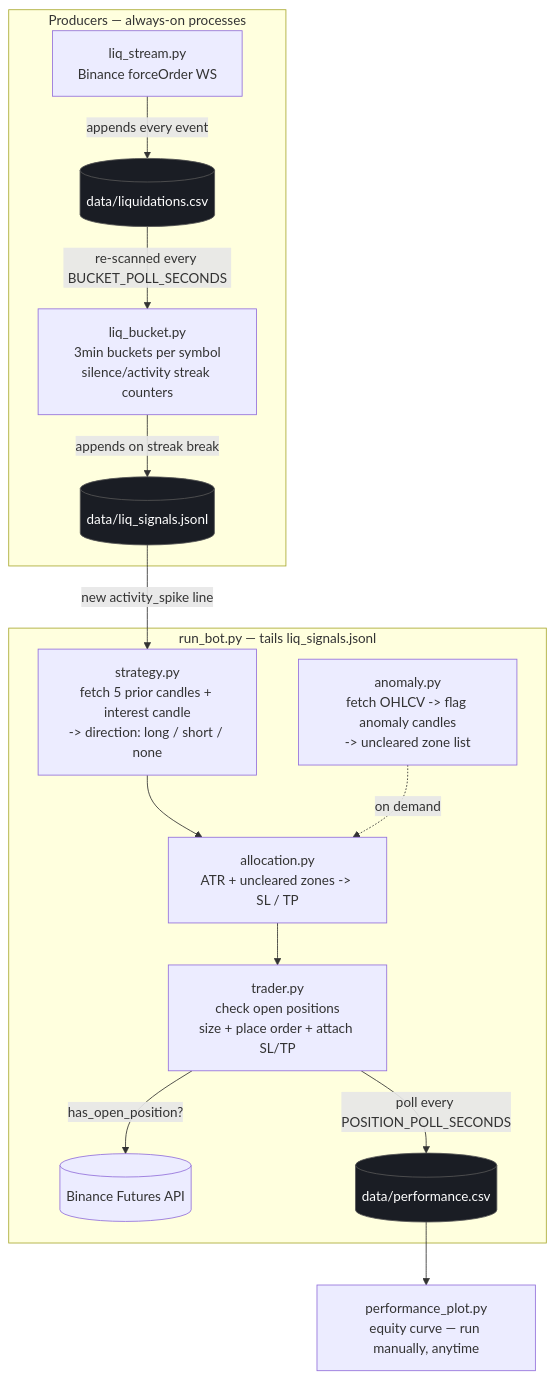
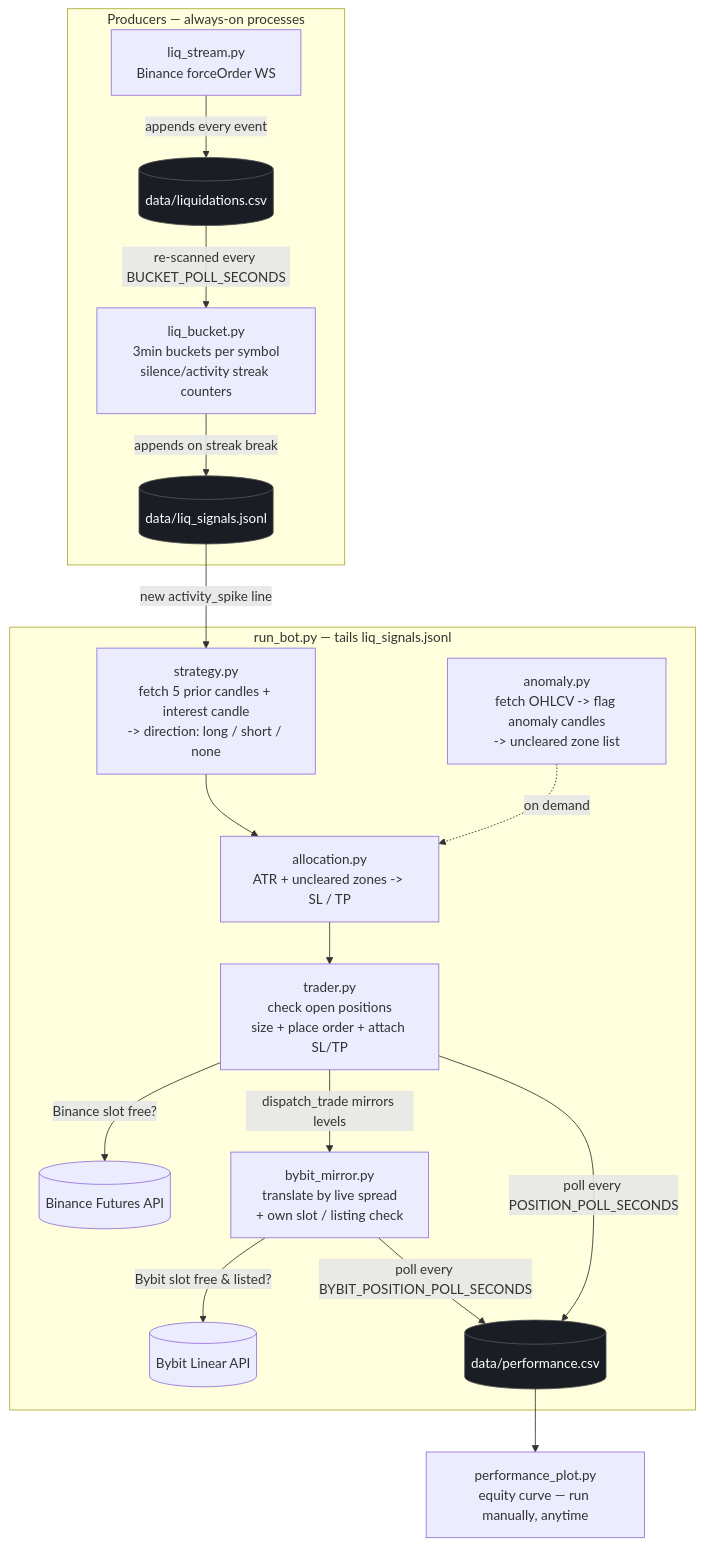
The diagram in ARCHITECTURE.md (derickwilliams5457-droid/liq_trading_system), drawn with Mermaid before and after one commit. The commit also changed other lines of this file and 13 other files, not shown here.

````diff
--- a/ARCHITECTURE.md
+++ b/ARCHITECTURE.md
@@ -5,23 +5,26 @@
 ```mermaid
 flowchart TD
     subgraph Producers["Producers — always-on processes"]
         A[liq_stream.py<br/>Binance forceOrder WS] -->|appends every event| CSV[(data/liquidations.csv)]
         CSV -->|re-scanned every BUCKET_POLL_SECONDS| B[liq_bucket.py<br/>3min buckets per symbol<br/>silence/activity streak counters]
         B -->|appends on streak break| SIG[(data/liq_signals.jsonl)]
     end
 
     subgraph Orchestrator["run_bot.py — tails liq_signals.jsonl"]
         SIG -->|new activity_spike line| S[strategy.py<br/>fetch 5 prior candles + interest candle<br/>-> direction: long / short / none]
         S --> AL[allocation.py<br/>ATR + uncleared zones -> SL / TP]
         ANOM[anomaly.py<br/>fetch OHLCV -> flag anomaly candles<br/>-> uncleared zone list] -.on demand.-> AL
         AL --> T[trader.py<br/>check open positions<br/>size + place order + attach SL/TP]
-        T -->|has_open_position?| EX[(Binance Futures API)]
+        T -->|Binance slot free?| EX[(Binance Futures API)]
+        T -->|dispatch_trade mirrors levels| M[bybit_mirror.py<br/>translate by live spread<br/>+ own slot / listing check]
+        M -->|Bybit slot free & listed?| YB[(Bybit Linear API)]
         T -->|poll every POSITION_POLL_SECONDS| PERF[(data/performance.csv)]
+        M -->|poll every BYBIT_POSITION_POLL_SECONDS| PERF
     end
 
     PERF --> PLOT[performance_plot.py<br/>equity curve — run manually, anytime]
 
     style CSV fill:#1a1d24,stroke:#555,color:#fff
     style SIG fill:#1a1d24,stroke:#555,color:#fff
     style PERF fill:#1a1d24,stroke:#555,color:#fff
 ```
````
